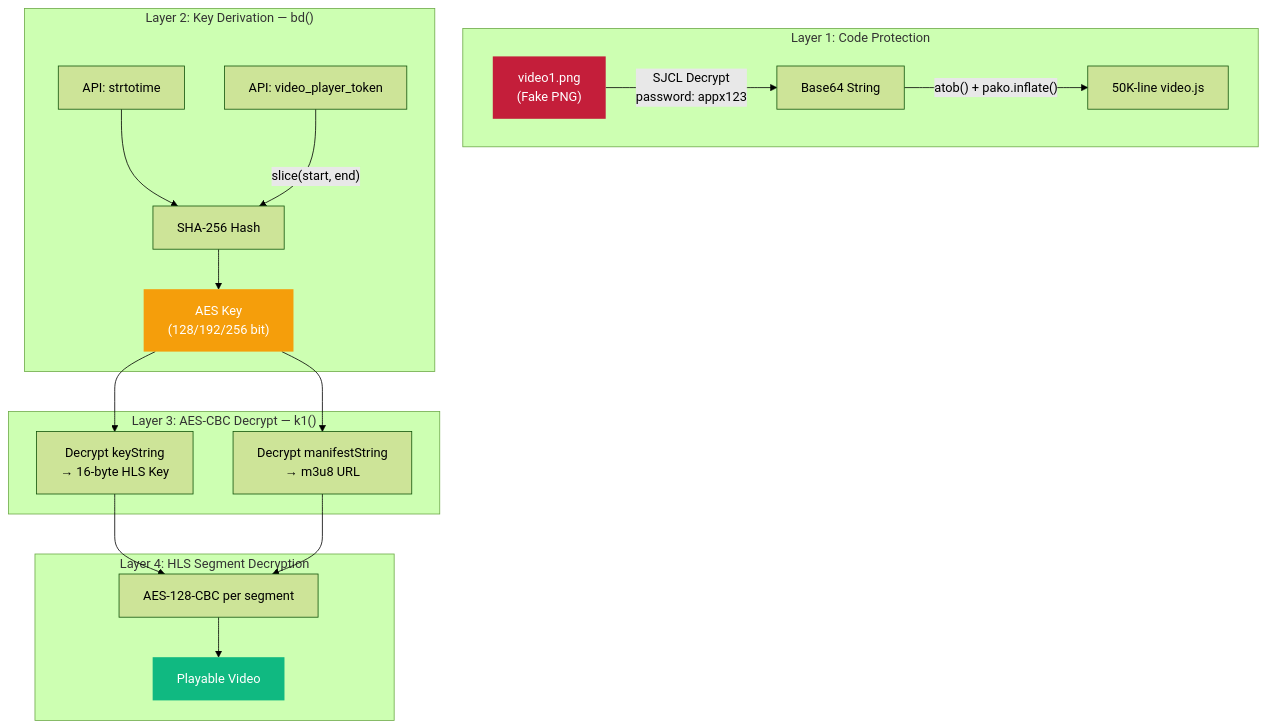
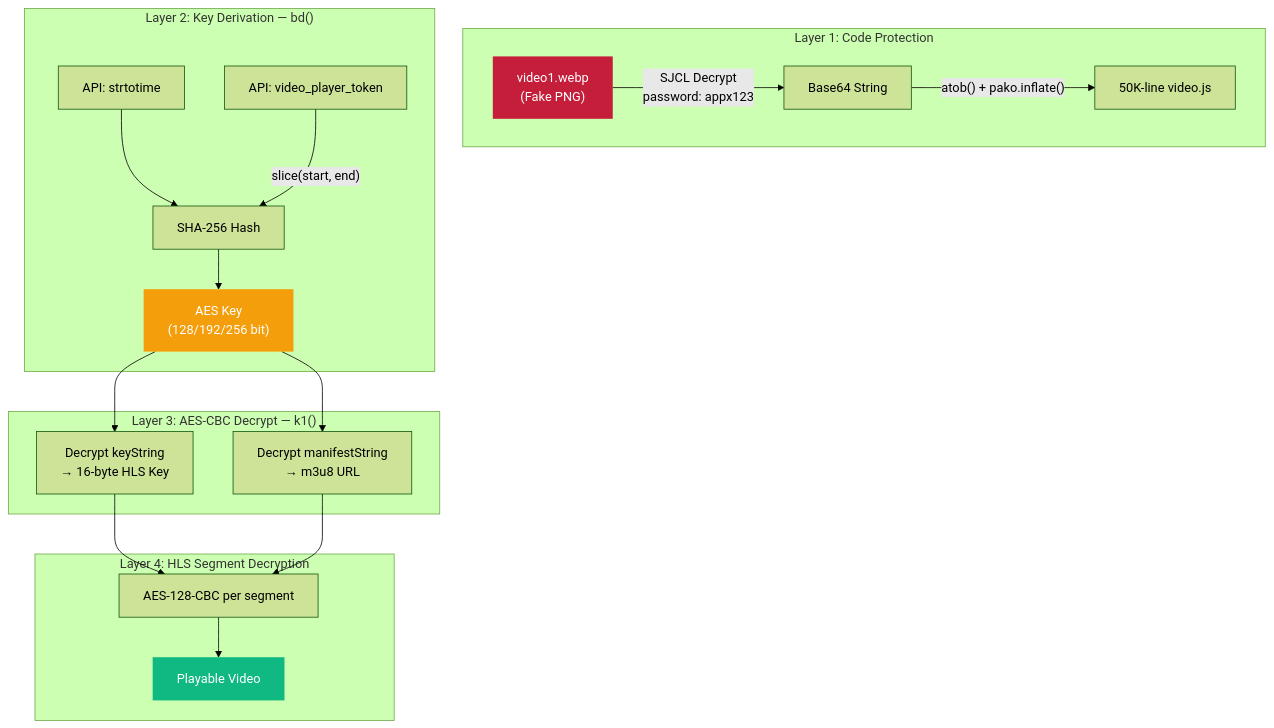
The first of 8 diagrams in data/how-appx-works.md (Amber-bisht/Portfilo-V3), drawn with Mermaid (forest theme) before and after one commit. The commit also changed other lines of this file and 45 other files, not shown here.

````diff
--- a/data/how-appx-works.md
+++ b/data/how-appx-works.md
@@ -35,28 +35,28 @@
 ```mermaid
 flowchart TB
     subgraph "Layer 1: Code Protection"
-        A["video1.png<br/>(Fake PNG)"] -->|"SJCL Decrypt<br/>password: appx123"| B["Base64 String"]
+        A["video1.webp<br/>(Fake PNG)"] -->|"SJCL Decrypt<br/>password: appx123"| B["Base64 String"]
         B -->|"atob() + pako.inflate()"| C["50K-line video.js"]
     end
 
     subgraph "Layer 2: Key Derivation — bd()"
         D["API: strtotime"] --> F["SHA-256 Hash"]
         E["API: video_player_token"] -->|"slice(start, end)"| F
         F --> G["AES Key<br/>(128/192/256 bit)"]
     end
 
     subgraph "Layer 3: AES-CBC Decrypt — k1()"
         G --> H["Decrypt manifestString<br/>→ m3u8 URL"]
         G --> I["Decrypt keyString<br/>→ 16-byte HLS Key"]
     end
 
     subgraph "Layer 4: HLS Segment Decryption"
         I --> J["AES-128-CBC per segment"]
         H --> J
         J --> K["Playable Video"]
     end
 
     style A fill:#c41e3a,color:#fff,stroke:none
     style G fill:#f59e0b,color:#fff,stroke:none
     style K fill:#10b981,color:#fff,stroke:none
 ```
````
